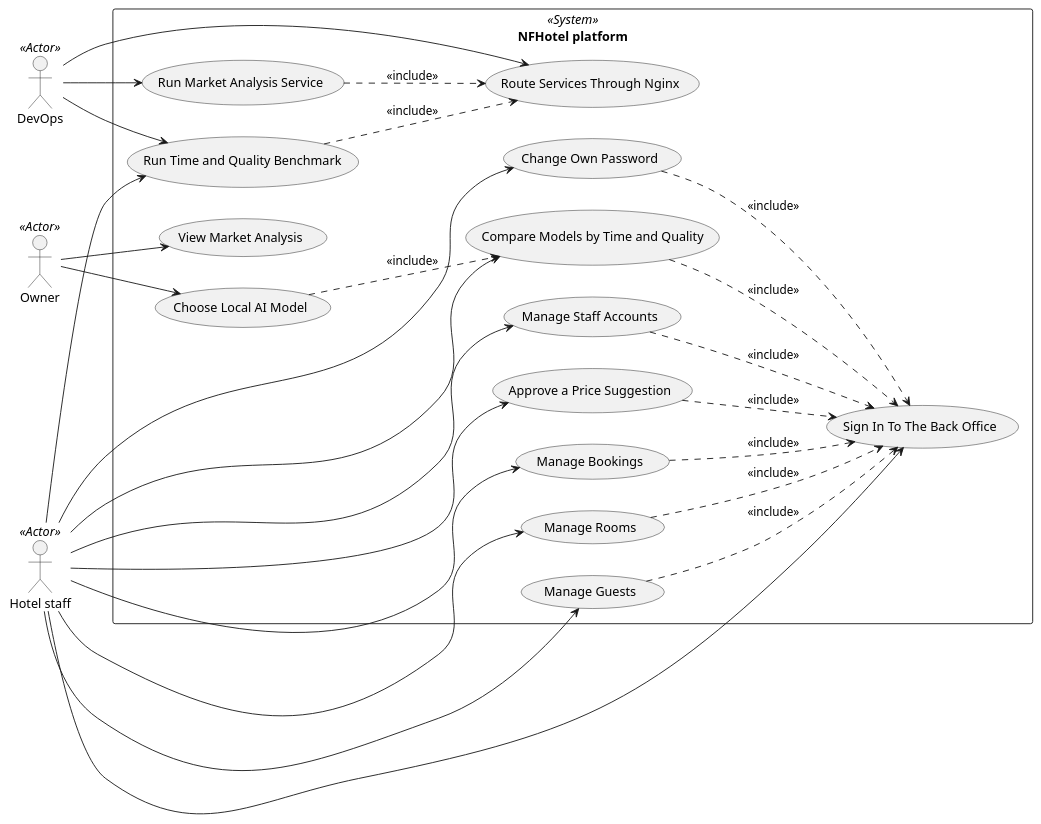
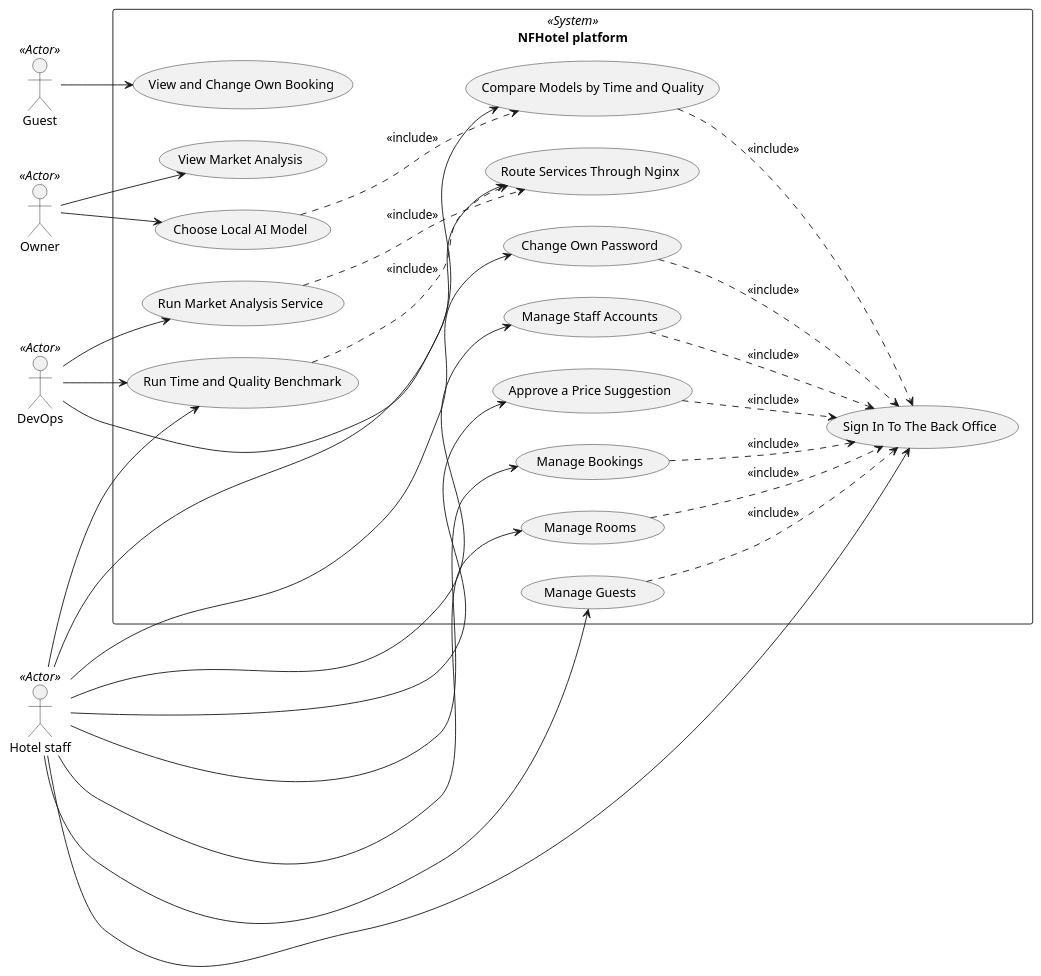
One commit to NF-Hotel/NFHotel changed the diagram in docs/use-case-diagram.md. Above: the diagram before and after it, drawn with PlantUML. The commit also changed other lines of this file and 108 other files, not shown here.

````diff
--- a/docs/use-case-diagram.md
+++ b/docs/use-case-diagram.md
@@ -31,47 +31,50 @@
 ```plantuml
 @startuml
 left to right direction
 actor "Owner" as Owner <<Actor>>
 actor "DevOps" as DevOps <<Actor>>
 actor "Hotel staff" as Staff <<Actor>>
+actor "Guest" as Guest <<Actor>>
 rectangle "NFHotel platform" <<System>> {
   usecase "View Market Analysis" as UC1
   usecase "Choose Local AI Model" as UC2
   usecase "Route Services Through Nginx" as UC3
   usecase "Run Time and Quality Benchmark" as UC4
   usecase "Run Market Analysis Service" as UC5
   usecase "Compare Models by Time and Quality" as UC6
   usecase "Manage Bookings" as UC7
   usecase "Manage Rooms" as UC8
   usecase "Manage Guests" as UC9
   usecase "Sign In To The Back Office" as UC10
   usecase "Change Own Password" as UC11
   usecase "Manage Staff Accounts" as UC12
   usecase "Approve a Price Suggestion" as UC13
+  usecase "View and Change Own Booking" as UC14
 }
 Owner --> UC1
 Owner --> UC2
 DevOps --> UC3
 DevOps --> UC4
 DevOps --> UC5
 Staff --> UC4
 Staff --> UC6
 Staff --> UC7
 Staff --> UC8
 Staff --> UC9
 Staff --> UC10
 Staff --> UC11
 Staff --> UC12
 Staff --> UC13
+Guest --> UC14
 UC7 ..> UC10 : <<include>>
 UC8 ..> UC10 : <<include>>
 UC11 ..> UC10 : <<include>>
 UC12 ..> UC10 : <<include>>
 UC13 ..> UC10 : <<include>>
 UC6 ..> UC10 : <<include>>
 UC9 ..> UC10 : <<include>>
 UC2 ..> UC6 : <<include>>
 UC4 ..> UC3 : <<include>>
 UC5 ..> UC3 : <<include>>
 @enduml
 ```
````
